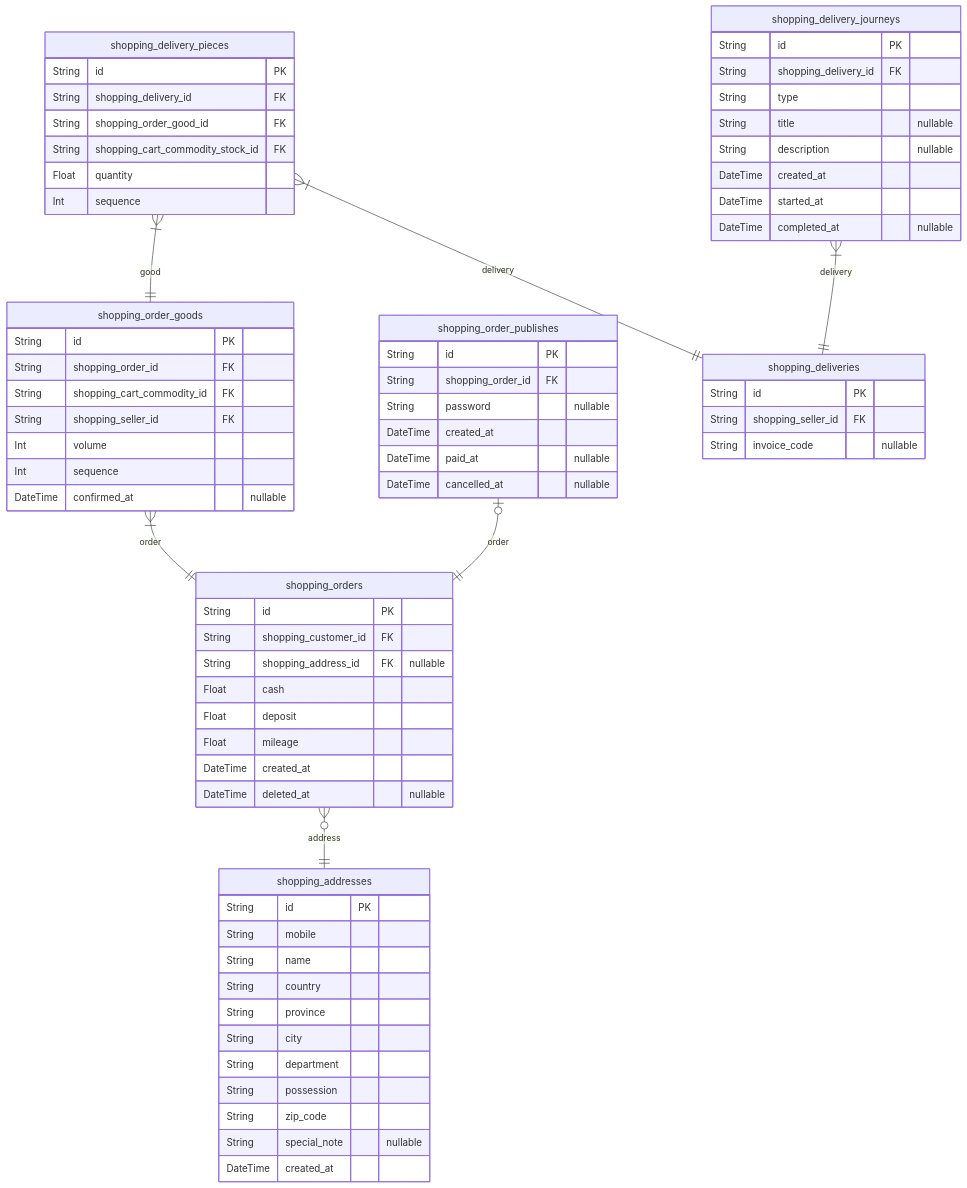
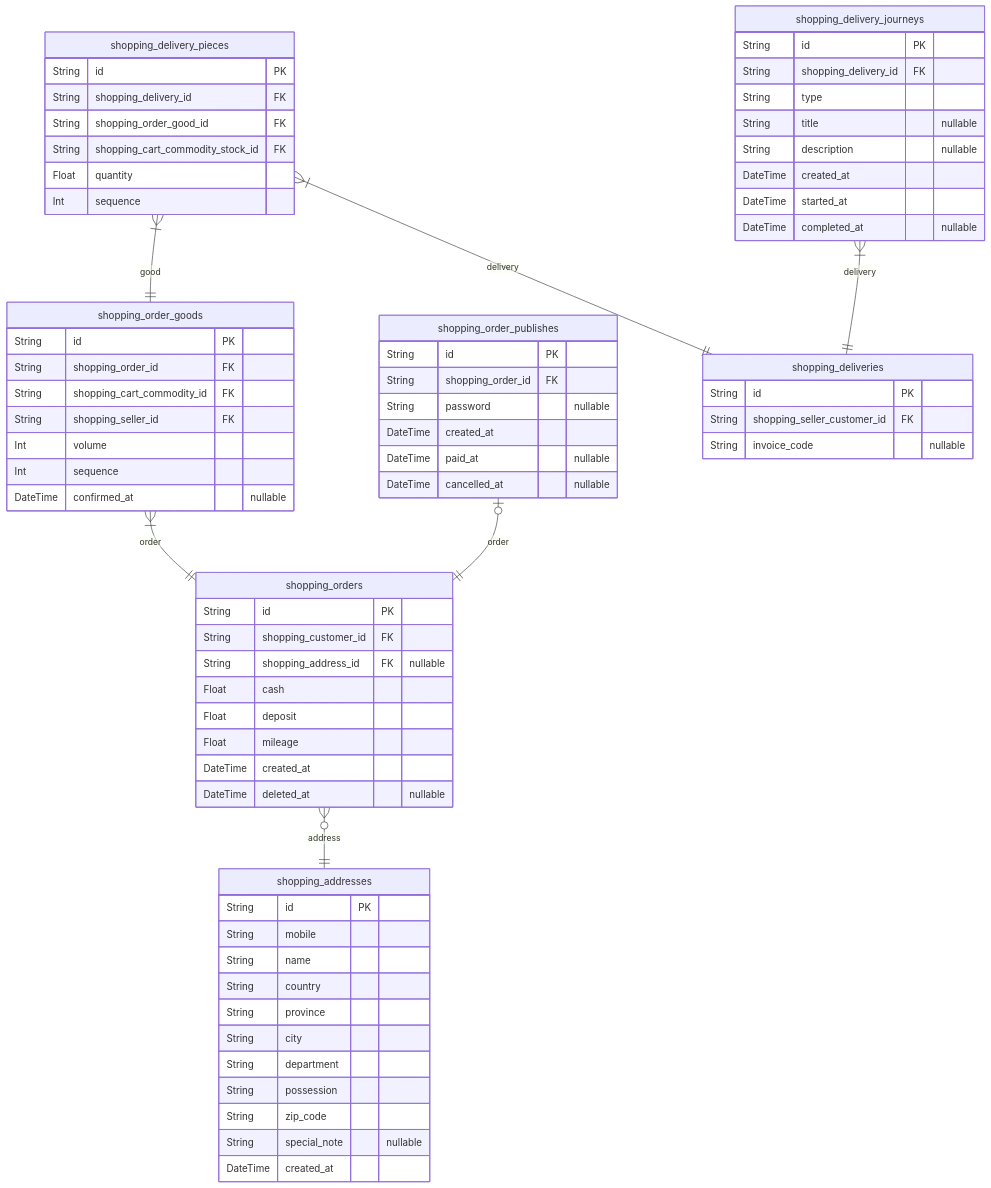
Before and after one commit to samchon/prisma-markdown: the sixth of 9 diagrams in ERD.md, drawn with Mermaid. The commit also changed other lines of this file and 1 other file, not shown here.

Commit message:
Enhance example schema

````diff
--- a/ERD.md
+++ b/ERD.md
@@ -1320,72 +1351,72 @@
 ```mermaid
 erDiagram
 "shopping_orders" {
     String id PK
     String shopping_customer_id FK
     String shopping_address_id FK "nullable"
     Float cash
     Float deposit
     Float mileage
     DateTime created_at
     DateTime deleted_at "nullable"
 }
 "shopping_order_goods" {
     String id PK
     String shopping_order_id FK
     String shopping_cart_commodity_id FK
     String shopping_seller_id FK
     Int volume
     Int sequence
     DateTime confirmed_at "nullable"
 }
 "shopping_order_publishes" {
     String id PK
     String shopping_order_id FK
     String password "nullable"
     DateTime created_at
     DateTime paid_at "nullable"
     DateTime cancelled_at "nullable"
 }
 "shopping_deliveries" {
     String id PK
-    String shopping_seller_id FK
+    String shopping_seller_customer_id FK
     String invoice_code "nullable"
 }
 "shopping_delivery_pieces" {
     String id PK
     String shopping_delivery_id FK
     String shopping_order_good_id FK
     String shopping_cart_commodity_stock_id FK
     Float quantity
     Int sequence
 }
 "shopping_delivery_journeys" {
     String id PK
     String shopping_delivery_id FK
     String type
     String title "nullable"
     String description "nullable"
     DateTime created_at
     DateTime started_at
     DateTime completed_at "nullable"
 }
 "shopping_addresses" {
     String id PK
     String mobile
     String name
     String country
     String province
     String city
     String department
     String possession
     String zip_code
     String special_note "nullable"
     DateTime created_at
 }
 "shopping_orders" }o--|| "shopping_addresses" : address
 "shopping_order_goods" }|--|| "shopping_orders" : order
 "shopping_order_publishes" |o--|| "shopping_orders" : order
 "shopping_delivery_pieces" }|--|| "shopping_deliveries" : delivery
 "shopping_delivery_pieces" }|--|| "shopping_order_goods" : good
 "shopping_delivery_journeys" }|--|| "shopping_deliveries" : delivery
 ```
````
